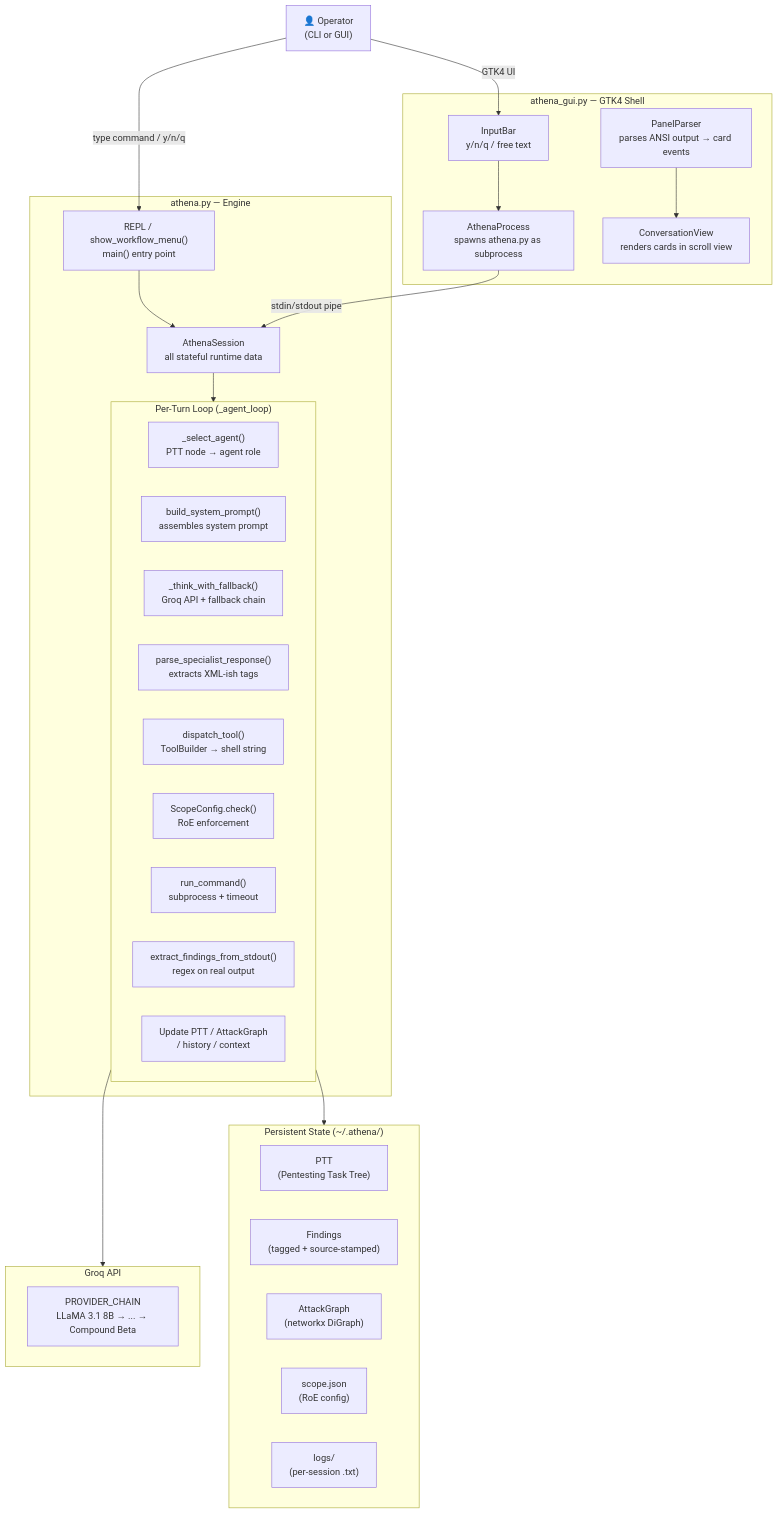
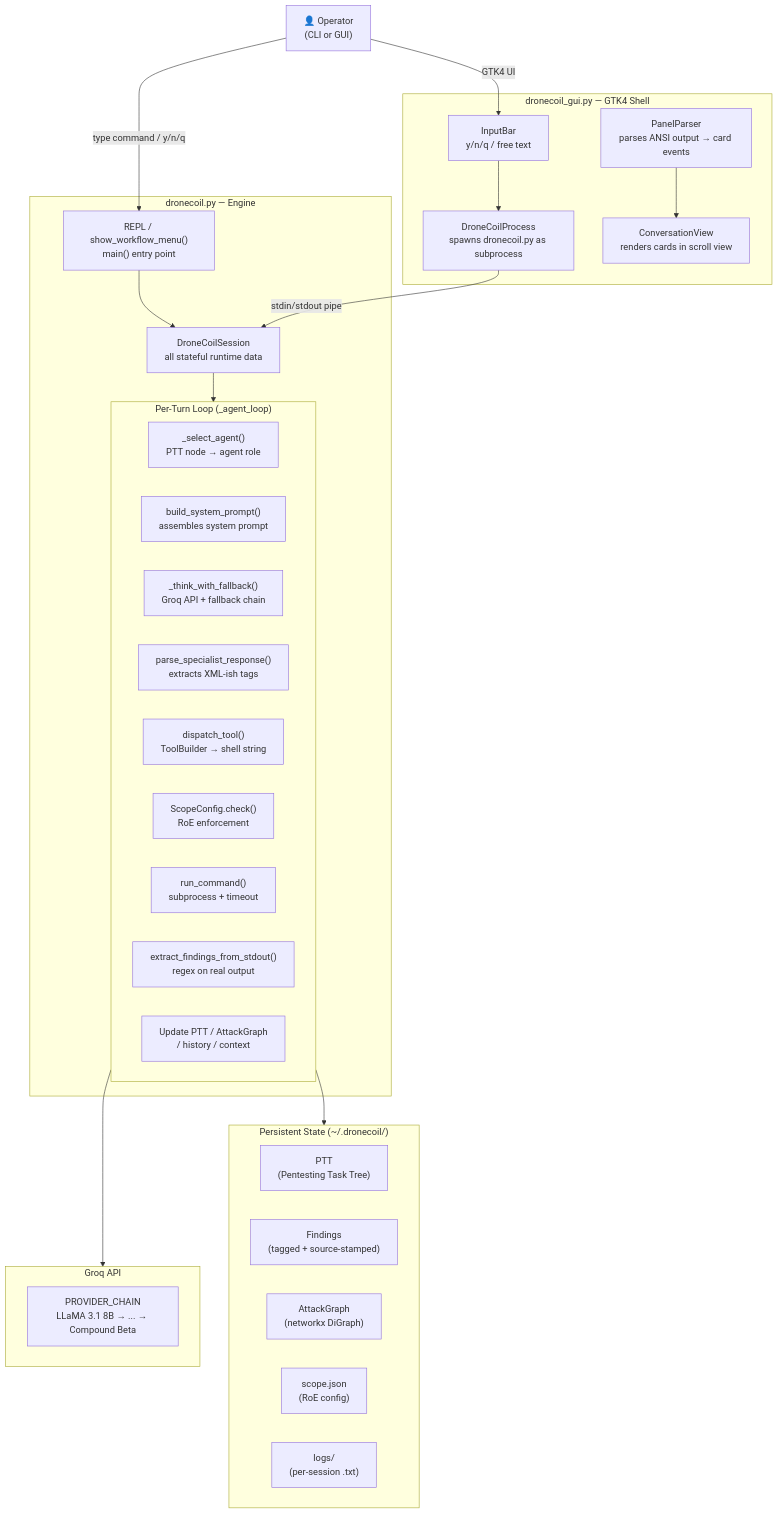
Before and after one commit to VV-B0Y/Grenulus-CLI: the first of 8 diagrams in docs/DEVELOPER_GUIDE.md, drawn with Mermaid. The commit also changed other lines of this file and 13 other files, not shown here.

Commit message:
rebrand: rename project from Athena/Grenulus-CLI to DroneCoil

````diff
--- a/docs/DEVELOPER_GUIDE.md
+++ b/docs/DEVELOPER_GUIDE.md
@@ -75,50 +75,50 @@
 ```mermaid
 graph TD
     Operator["👤 Operator<br/>(CLI or GUI)"]
     
-    subgraph GUI["athena_gui.py — GTK4 Shell"]
-        AthenaProcess["AthenaProcess<br/>spawns athena.py as subprocess"]
+    subgraph GUI["dronecoil_gui.py — GTK4 Shell"]
+        DroneCoilProcess["DroneCoilProcess<br/>spawns dronecoil.py as subprocess"]
         PanelParser["PanelParser<br/>parses ANSI output → card events"]
         ConversationView["ConversationView<br/>renders cards in scroll view"]
         InputBar["InputBar<br/>y/n/q / free text"]
     end
 
-    subgraph Engine["athena.py — Engine"]
+    subgraph Engine["dronecoil.py — Engine"]
         REPL["REPL / show_workflow_menu()<br/>main() entry point"]
-        Session["AthenaSession<br/>all stateful runtime data"]
+        Session["DroneCoilSession<br/>all stateful runtime data"]
         
         subgraph Turn["Per-Turn Loop (_agent_loop)"]
             SelectAgent["_select_agent()<br/>PTT node → agent role"]
             BuildPrompt["build_system_prompt()<br/>assembles system prompt"]
             CallLLM["_think_with_fallback()<br/>Groq API + fallback chain"]
             ParseResponse["parse_specialist_response()<br/>extracts XML-ish tags"]
             DispatchTool["dispatch_tool()<br/>ToolBuilder → shell string"]
             ScopeCheck["ScopeConfig.check()<br/>RoE enforcement"]
             RunCmd["run_command()<br/>subprocess + timeout"]
             ExtractFindings["extract_findings_from_stdout()<br/>regex on real output"]
             UpdateState["Update PTT / AttackGraph<br/>/ history / context"]
         end
     end
 
-    subgraph State["Persistent State (~/.athena/)"]
+    subgraph State["Persistent State (~/.dronecoil/)"]
         PTT["PTT<br/>(Pentesting Task Tree)"]
         Findings["Findings<br/>(tagged + source-stamped)"]
         AttackGraph["AttackGraph<br/>(networkx DiGraph)"]
         Scope["scope.json<br/>(RoE config)"]
         Logs["logs/<br/>(per-session .txt)"]
     end
 
     subgraph LLM["Groq API"]
         ProviderChain["PROVIDER_CHAIN<br/>LLaMA 3.1 8B → ... → Compound Beta"]
     end
 
     Operator -->|"type command / y/n/q"| REPL
     REPL --> Session
     Session --> Turn
     Turn --> LLM
     Turn --> State
-    AthenaProcess -->|"stdin/stdout pipe"| Session
+    DroneCoilProcess -->|"stdin/stdout pipe"| Session
     PanelParser --> ConversationView
     Operator -->|"GTK4 UI"| InputBar
-    InputBar --> AthenaProcess
+    InputBar --> DroneCoilProcess
 ```
````
